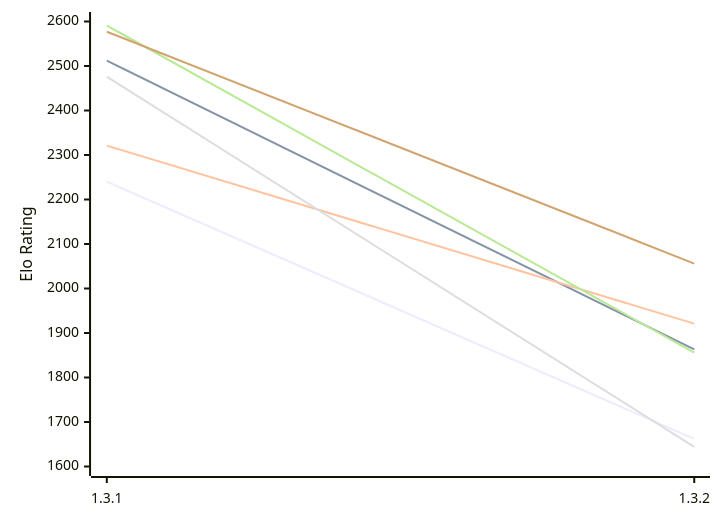
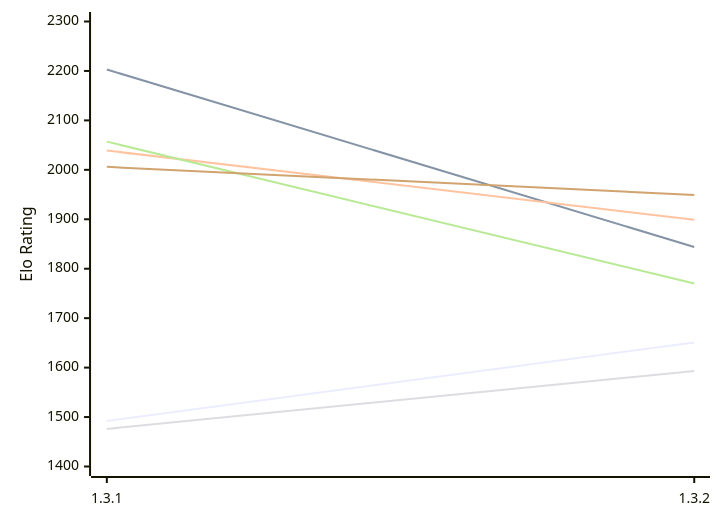
One commit to computer-chess-index/cci changed the first of 2 diagrams in engines/Zugblitz.md. Above: the diagram before and after it, drawn with Mermaid. The commit also changed other lines of this file, not shown here.

Commit message:
Update CCI Ratings (ELO VLTC) - 2026-11-13

````diff
--- a/engines/Zugblitz.md
+++ b/engines/Zugblitz.md
@@ -50,12 +50,12 @@
 ```mermaid
 %%{init: {"theme":"base","themeVariables":{"seriesColors:['#a3a3a3','#222221','#faa371']}}}%%
 xychart-beta
   x-axis ["1.3.1", "1.3.2"]
-  y-axis "Elo Rating" 1600 --> 2600
-  line "E1: STC (8.0+0.08s)" [2240, 1662]
-  line "E1: LTC (60.0+0.60s)" [2512, 1863]
-  line "E1: VLTC (2m24s+1.12s)" [2321, 1921]
-  line "P1: STC (8.0+0.08s)" [2476, 1644]
-  line "P1: LTC (60.0+0.60s)" [2591, 1856]
-  line "P1: VLTC (2m24s+1.12s)" [2577, 2056]
+  y-axis "Elo Rating" 1400 --> 2300
+  line "E1: STC (8.0+0.08s)" [1492, 1651]
+  line "E1: LTC (60.0+0.60s)" [2203, 1844]
+  line "E1: VLTC (2m24s+1.12s)" [2039, 1899]
+  line "P1: STC (8.0+0.08s)" [1476, 1593]
+  line "P1: LTC (60.0+0.60s)" [2057, 1770]
+  line "P1: VLTC (2m24s+1.12s)" [2006, 1949]
 ```
````
